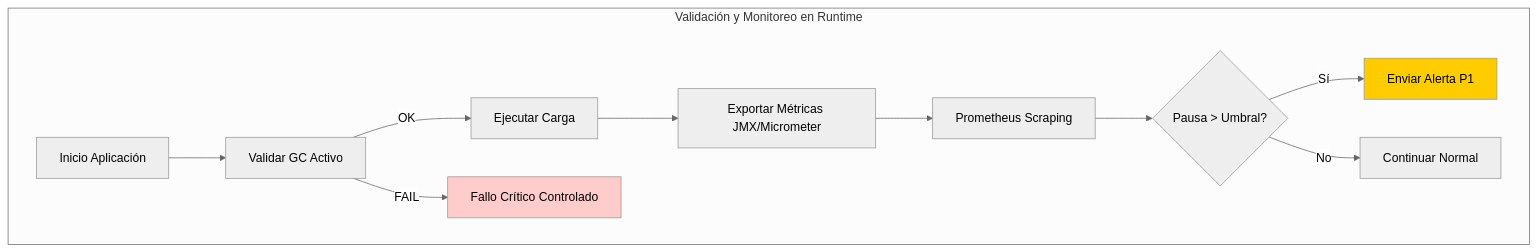
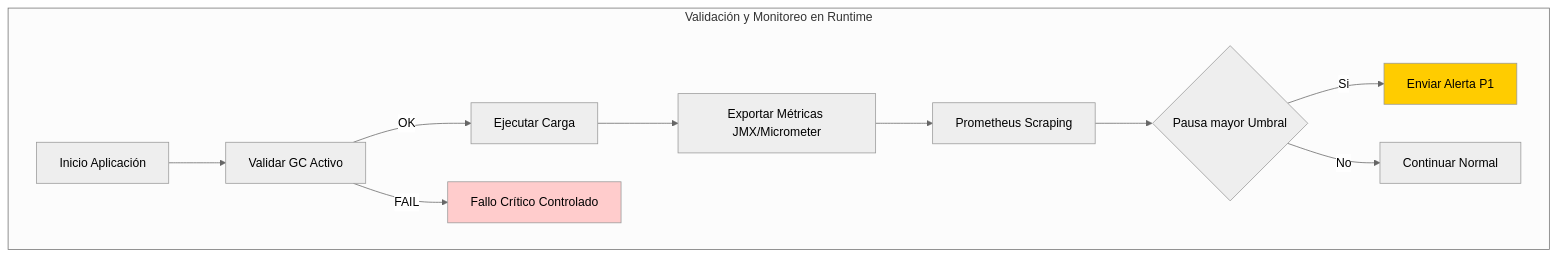
The third of 4 diagrams in 01_Java_Core/garbage_collectors_en_la_jvm_g1_zgc_y_shenandoah_en_produccion_STAFF.md (Joaquinriosheredia/DAM-Java-Mastery), drawn with Mermaid (neutral theme) before and after one commit. The commit also changed other lines of this file, not shown here.

````diff
--- a/01_Java_Core/garbage_collectors_en_la_jvm_g1_zgc_y_shenandoah_en_produccion_STAFF.md
+++ b/01_Java_Core/garbage_collectors_en_la_jvm_g1_zgc_y_shenandoah_en_produccion_STAFF.md
@@ -275,17 +293,17 @@
 ```mermaid
 graph TD
     subgraph "Validación y Monitoreo en Runtime"
         START[Inicio Aplicación] --> CHECK[Validar GC Activo]
         CHECK -->|OK| RUN[Ejecutar Carga]
         CHECK -->|FAIL| CRASH[Fallo Crítico Controlado]
         
         RUN --> METRIC[Exportar Métricas JMX/Micrometer]
         METRIC --> PROM[Prometheus Scraping]
-        PROM --> ALERT{Pausa > Umbral?}
-        ALERT -->|Sí| NOTIFY[Enviar Alerta P1]
+        PROM --> ALERT{Pausa mayor Umbral}
+        ALERT -->|Si| NOTIFY[Enviar Alerta P1]
         ALERT -->|No| CONT[Continuar Normal]
     end
     
     style CRASH fill:#ffcccc
     style NOTIFY fill:#ffcc00
 ```
````
